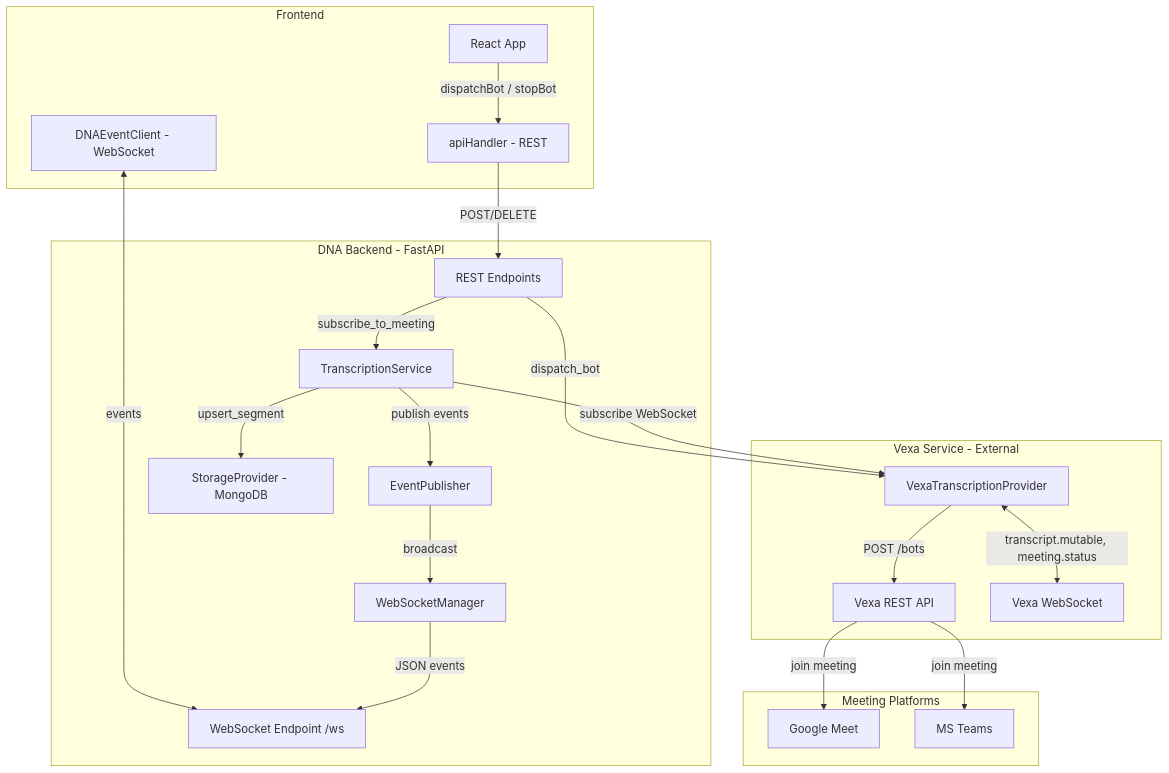
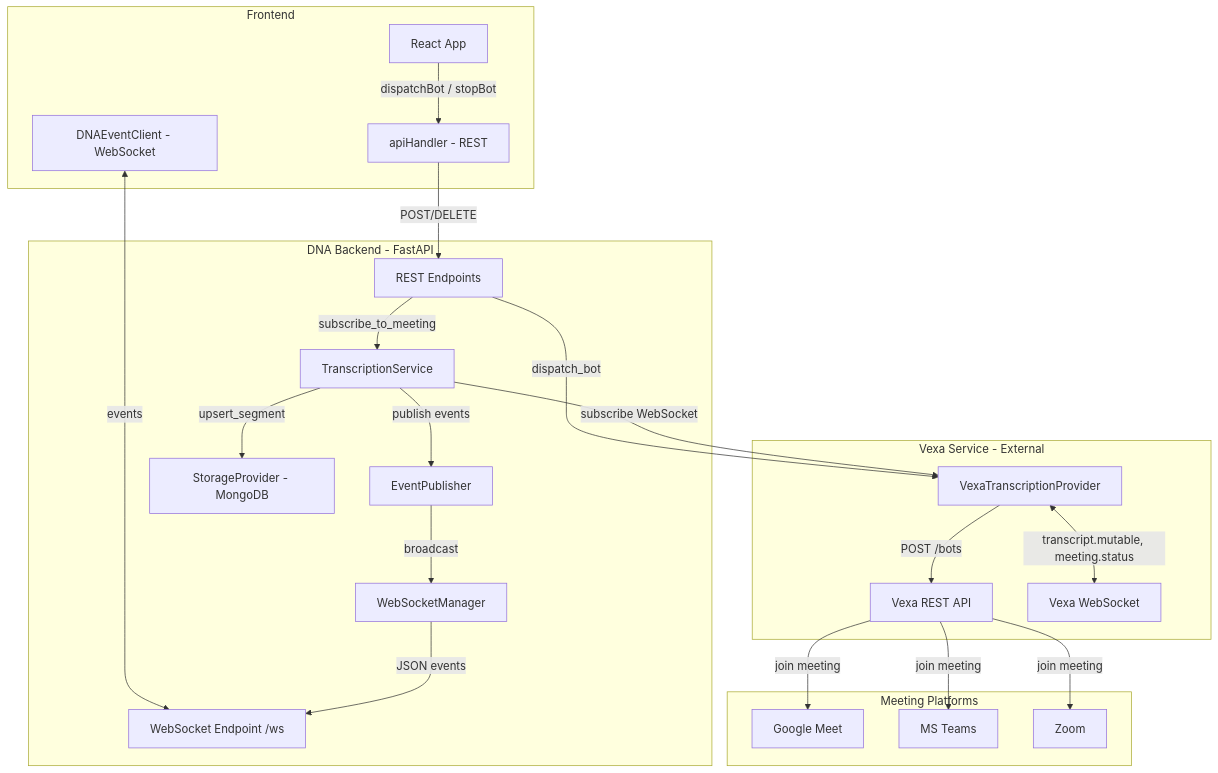
The first of 7 diagrams in backend/docs/TRANSCRIPTION_PIPELINE.md (AcademySoftwareFoundation/dna), drawn with Mermaid before and after one commit. The commit also changed other lines of this file and 15 other files, not shown here.

````diff
--- a/backend/docs/TRANSCRIPTION_PIPELINE.md
+++ b/backend/docs/TRANSCRIPTION_PIPELINE.md
@@ -55,46 +55,48 @@
 ```mermaid
 graph TB
     subgraph Frontend
         UI[React App]
         EC[DNAEventClient - WebSocket]
         AH[apiHandler - REST]
     end
 
     subgraph DNA_Backend[DNA Backend - FastAPI]
         API[REST Endpoints]
         WSE[WebSocket Endpoint /ws]
         TS[TranscriptionService]
         EP[EventPublisher]
         WSM[WebSocketManager]
         SP[StorageProvider - MongoDB]
     end
 
     subgraph Vexa_Service[Vexa Service - External]
         VAPI[Vexa REST API]
         VWS[Vexa WebSocket]
         VTP[VexaTranscriptionProvider]
     end
 
     subgraph Meeting_Platforms[Meeting Platforms]
         GM[Google Meet]
         Teams[MS Teams]
+        Zoom[Zoom]
     end
 
     UI -->|dispatchBot / stopBot| AH
     AH -->|POST/DELETE| API
     EC <-->|events| WSE
 
     API -->|dispatch_bot| VTP
     VTP -->|POST /bots| VAPI
     API -->|subscribe_to_meeting| TS
     TS -->|subscribe WebSocket| VTP
     VTP <-->|transcript.mutable, meeting.status| VWS
 
     VAPI -->|join meeting| GM
     VAPI -->|join meeting| Teams
+    VAPI -->|join meeting| Zoom
 
     TS -->|upsert_segment| SP
     TS -->|publish events| EP
     EP -->|broadcast| WSM
     WSM -->|JSON events| WSE
 ```
````
